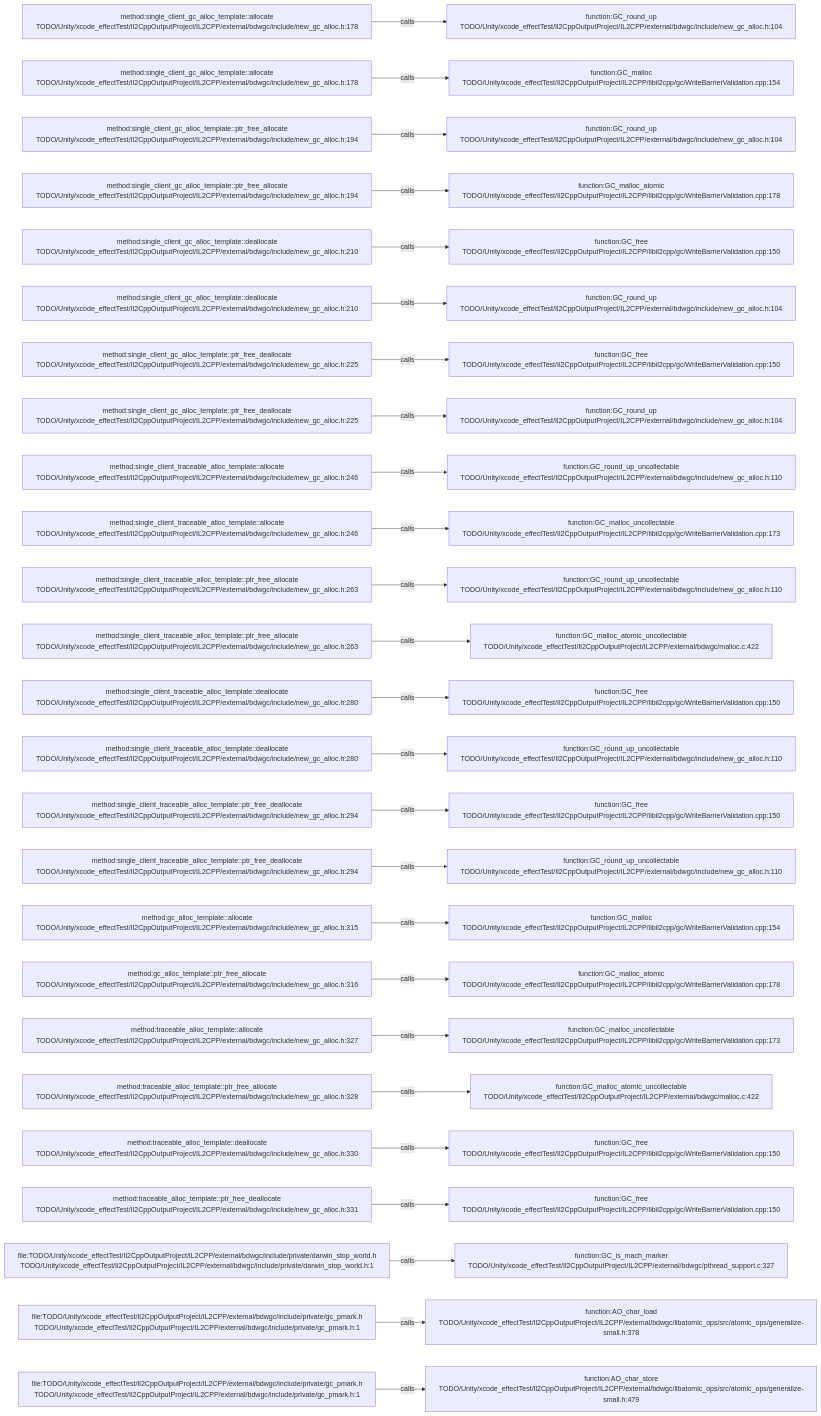
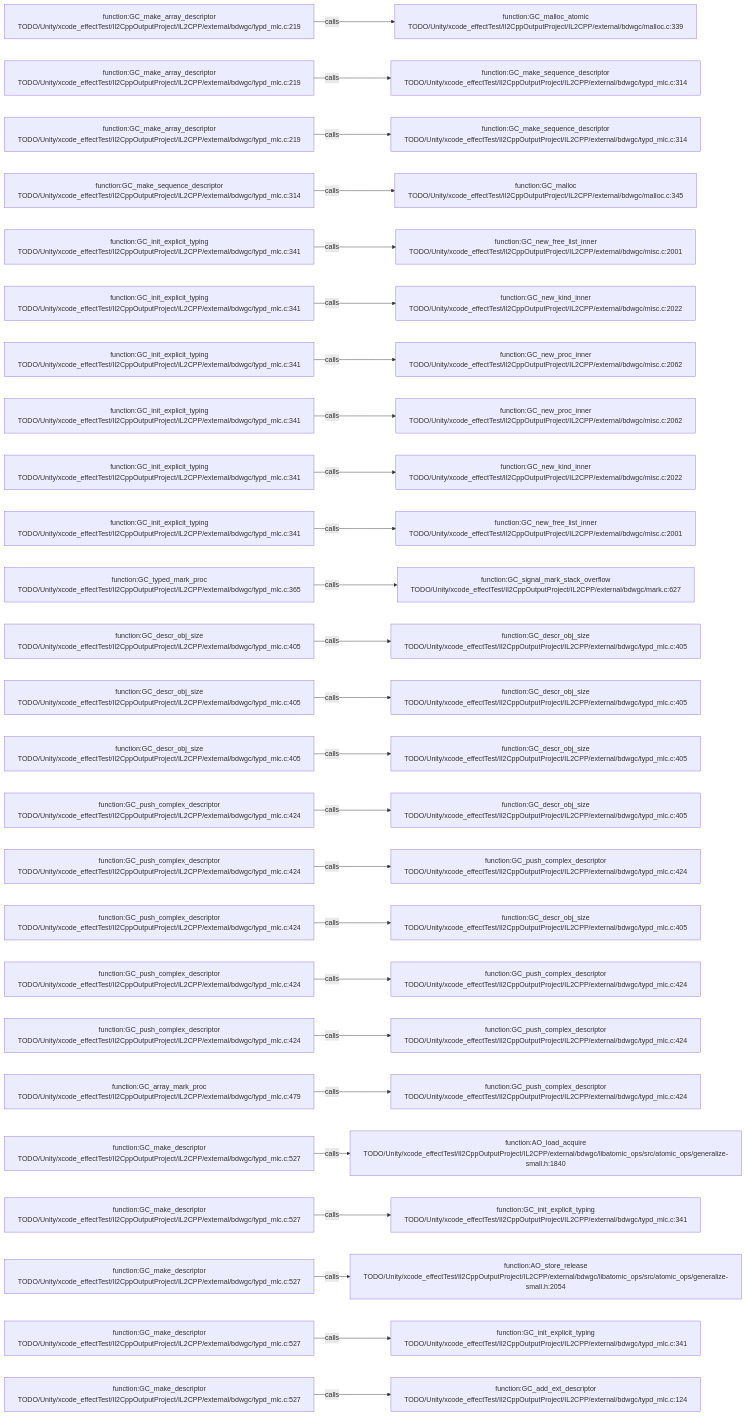
The diagram in .codegraph/codegraph.md/graphs/calls-182.md (JobsKits/JobsSwiftBaseConfigDemo), drawn with Mermaid before and after one commit. The commit also changed 227 other files, not shown here.

````diff
--- a/.codegraph/codegraph.md/graphs/calls-182.md
+++ b/.codegraph/codegraph.md/graphs/calls-182.md
@@ -13,78 +13,78 @@
 ```mermaid
 flowchart LR
-  S1["method:single_client_gc_alloc_template::allocate<br/>TODO/Unity/xcode_effectTest/Il2CppOutputProject/IL2CPP/external/bdwgc/include/new_gc_alloc.h:178"]
-  T1["function:GC_round_up<br/>TODO/Unity/xcode_effectTest/Il2CppOutputProject/IL2CPP/external/bdwgc/include/new_gc_alloc.h:104"]
+  S1["function:GC_make_array_descriptor<br/>TODO/Unity/xcode_effectTest/Il2CppOutputProject/IL2CPP/external/bdwgc/typd_mlc.c:219"]
+  T1["function:GC_malloc_atomic<br/>TODO/Unity/xcode_effectTest/Il2CppOutputProject/IL2CPP/external/bdwgc/malloc.c:339"]
   S1 -->|calls| T1
-  S2["method:single_client_gc_alloc_template::allocate<br/>TODO/Unity/xcode_effectTest/Il2CppOutputProject/IL2CPP/external/bdwgc/include/new_gc_alloc.h:178"]
-  T2["function:GC_malloc<br/>TODO/Unity/xcode_effectTest/Il2CppOutputProject/IL2CPP/libil2cpp/gc/WriteBarrierValidation.cpp:154"]
+  S2["function:GC_make_array_descriptor<br/>TODO/Unity/xcode_effectTest/Il2CppOutputProject/IL2CPP/external/bdwgc/typd_mlc.c:219"]
+  T2["function:GC_make_sequence_descriptor<br/>TODO/Unity/xcode_effectTest/Il2CppOutputProject/IL2CPP/external/bdwgc/typd_mlc.c:314"]
   S2 -->|calls| T2
-  S3["method:single_client_gc_alloc_template::ptr_free_allocate<br/>TODO/Unity/xcode_effectTest/Il2CppOutputProject/IL2CPP/external/bdwgc/include/new_gc_alloc.h:194"]
-  T3["function:GC_round_up<br/>TODO/Unity/xcode_effectTest/Il2CppOutputProject/IL2CPP/external/bdwgc/include/new_gc_alloc.h:104"]
+  S3["function:GC_make_array_descriptor<br/>TODO/Unity/xcode_effectTest/Il2CppOutputProject/IL2CPP/external/bdwgc/typd_mlc.c:219"]
+  T3["function:GC_make_sequence_descriptor<br/>TODO/Unity/xcode_effectTest/Il2CppOutputProject/IL2CPP/external/bdwgc/typd_mlc.c:314"]
   S3 -->|calls| T3
-  S4["method:single_client_gc_alloc_template::ptr_free_allocate<br/>TODO/Unity/xcode_effectTest/Il2CppOutputProject/IL2CPP/external/bdwgc/include/new_gc_alloc.h:194"]
-  T4["function:GC_malloc_atomic<br/>TODO/Unity/xcode_effectTest/Il2CppOutputProject/IL2CPP/libil2cpp/gc/WriteBarrierValidation.cpp:178"]
+  S4["function:GC_make_sequence_descriptor<br/>TODO/Unity/xcode_effectTest/Il2CppOutputProject/IL2CPP/external/bdwgc/typd_mlc.c:314"]
+  T4["function:GC_malloc<br/>TODO/Unity/xcode_effectTest/Il2CppOutputProject/IL2CPP/external/bdwgc/malloc.c:345"]
   S4 -->|calls| T4
-  S5["method:single_client_gc_alloc_template::deallocate<br/>TODO/Unity/xcode_effectTest/Il2CppOutputProject/IL2CPP/external/bdwgc/include/new_gc_alloc.h:210"]
-  T5["function:GC_free<br/>TODO/Unity/xcode_effectTest/Il2CppOutputProject/IL2CPP/libil2cpp/gc/WriteBarrierValidation.cpp:150"]
+  S5["function:GC_init_explicit_typing<br/>TODO/Unity/xcode_effectTest/Il2CppOutputProject/IL2CPP/external/bdwgc/typd_mlc.c:341"]
+  T5["function:GC_new_free_list_inner<br/>TODO/Unity/xcode_effectTest/Il2CppOutputProject/IL2CPP/external/bdwgc/misc.c:2001"]
   S5 -->|calls| T5
-  S6["method:single_client_gc_alloc_template::deallocate<br/>TODO/Unity/xcode_effectTest/Il2CppOutputProject/IL2CPP/external/bdwgc/include/new_gc_alloc.h:210"]
-  T6["function:GC_round_up<br/>TODO/Unity/xcode_effectTest/Il2CppOutputProject/IL2CPP/external/bdwgc/include/new_gc_alloc.h:104"]
+  S6["function:GC_init_explicit_typing<br/>TODO/Unity/xcode_effectTest/Il2CppOutputProject/IL2CPP/external/bdwgc/typd_mlc.c:341"]
+  T6["function:GC_new_kind_inner<br/>TODO/Unity/xcode_effectTest/Il2CppOutputProject/IL2CPP/external/bdwgc/misc.c:2022"]
   S6 -->|calls| T6
-  S7["method:single_client_gc_alloc_template::ptr_free_deallocate<br/>TODO/Unity/xcode_effectTest/Il2CppOutputProject/IL2CPP/external/bdwgc/include/new_gc_alloc.h:225"]
-  T7["function:GC_free<br/>TODO/Unity/xcode_effectTest/Il2CppOutputProject/IL2CPP/libil2cpp/gc/WriteBarrierValidation.cpp:150"]
+  S7["function:GC_init_explicit_typing<br/>TODO/Unity/xcode_effectTest/Il2CppOutputProject/IL2CPP/external/bdwgc/typd_mlc.c:341"]
+  T7["function:GC_new_proc_inner<br/>TODO/Unity/xcode_effectTest/Il2CppOutputProject/IL2CPP/external/bdwgc/misc.c:2062"]
   S7 -->|calls| T7
-  S8["method:single_client_gc_alloc_template::ptr_free_deallocate<br/>TODO/Unity/xcode_effectTest/Il2CppOutputProject/IL2CPP/external/bdwgc/include/new_gc_alloc.h:225"]
-  T8["function:GC_round_up<br/>TODO/Unity/xcode_effectTest/Il2CppOutputProject/IL2CPP/external/bdwgc/include/new_gc_alloc.h:104"]
+  S8["function:GC_init_explicit_typing<br/>TODO/Unity/xcode_effectTest/Il2CppOutputProject/IL2CPP/external/bdwgc/typd_mlc.c:341"]
+  T8["function:GC_new_proc_inner<br/>TODO/Unity/xcode_effectTest/Il2CppOutputProject/IL2CPP/external/bdwgc/misc.c:2062"]
   S8 -->|calls| T8
-  S9["method:single_client_traceable_alloc_template::allocate<br/>TODO/Unity/xcode_effectTest/Il2CppOutputProject/IL2CPP/external/bdwgc/include/new_gc_alloc.h:246"]
-  T9["function:GC_round_up_uncollectable<br/>TODO/Unity/xcode_effectTest/Il2CppOutputProject/IL2CPP/external/bdwgc/include/new_gc_alloc.h:110"]
+  S9["function:GC_init_explicit_typing<br/>TODO/Unity/xcode_effectTest/Il2CppOutputProject/IL2CPP/external/bdwgc/typd_mlc.c:341"]
+  T9["function:GC_new_kind_inner<br/>TODO/Unity/xcode_effectTest/Il2CppOutputProject/IL2CPP/external/bdwgc/misc.c:2022"]
   S9 -->|calls| T9
-  S10["method:single_client_traceable_alloc_template::allocate<br/>TODO/Unity/xcode_effectTest/Il2CppOutputProject/IL2CPP/external/bdwgc/include/new_gc_alloc.h:246"]
-  T10["function:GC_malloc_uncollectable<br/>TODO/Unity/xcode_effectTest/Il2CppOutputProject/IL2CPP/libil2cpp/gc/WriteBarrierValidation.cpp:173"]
+  S10["function:GC_init_explicit_typing<br/>TODO/Unity/xcode_effectTest/Il2CppOutputProject/IL2CPP/external/bdwgc/typd_mlc.c:341"]
+  T10["function:GC_new_free_list_inner<br/>TODO/Unity/xcode_effectTest/Il2CppOutputProject/IL2CPP/external/bdwgc/misc.c:2001"]
   S10 -->|calls| T10
-  S11["method:single_client_traceable_alloc_template::ptr_free_allocate<br/>TODO/Unity/xcode_effectTest/Il2CppOutputProject/IL2CPP/external/bdwgc/include/new_gc_alloc.h:263"]
-  T11["function:GC_round_up_uncollectable<br/>TODO/Unity/xcode_effectTest/Il2CppOutputProject/IL2CPP/external/bdwgc/include/new_gc_alloc.h:110"]
+  S11["function:GC_typed_mark_proc<br/>TODO/Unity/xcode_effectTest/Il2CppOutputProject/IL2CPP/external/bdwgc/typd_mlc.c:365"]
+  T11["function:GC_signal_mark_stack_overflow<br/>TODO/Unity/xcode_effectTest/Il2CppOutputProject/IL2CPP/external/bdwgc/mark.c:627"]
   S11 -->|calls| T11
-  S12["method:single_client_traceable_alloc_template::ptr_free_allocate<br/>TODO/Unity/xcode_effectTest/Il2CppOutputProject/IL2CPP/external/bdwgc/include/new_gc_alloc.h:263"]
-  T12["function:GC_malloc_atomic_uncollectable<br/>TODO/Unity/xcode_effectTest/Il2CppOutputProject/IL2CPP/external/bdwgc/malloc.c:422"]
+  S12["function:GC_descr_obj_size<br/>TODO/Unity/xcode_effectTest/Il2CppOutputProject/IL2CPP/external/bdwgc/typd_mlc.c:405"]
+  T12["function:GC_descr_obj_size<br/>TODO/Unity/xcode_effectTest/Il2CppOutputProject/IL2CPP/external/bdwgc/typd_mlc.c:405"]
   S12 -->|calls| T12
-  S13["method:single_client_traceable_alloc_template::deallocate<br/>TODO/Unity/xcode_effectTest/Il2CppOutputProject/IL2CPP/external/bdwgc/include/new_gc_alloc.h:280"]
-  T13["function:GC_free<br/>TODO/Unity/xcode_effectTest/Il2CppOutputProject/IL2CPP/libil2cpp/gc/WriteBarrierValidation.cpp:150"]
+  S13["function:GC_descr_obj_size<br/>TODO/Unity/xcode_effectTest/Il2CppOutputProject/IL2CPP/external/bdwgc/typd_mlc.c:405"]
+  T13["function:GC_descr_obj_size<br/>TODO/Unity/xcode_effectTest/Il2CppOutputProject/IL2CPP/external/bdwgc/typd_mlc.c:405"]
   S13 -->|calls| T13
-  S14["method:single_client_traceable_alloc_template::deallocate<br/>TODO/Unity/xcode_effectTest/Il2CppOutputProject/IL2CPP/external/bdwgc/include/new_gc_alloc.h:280"]
-  T14["function:GC_round_up_uncollectable<br/>TODO/Unity/xcode_effectTest/Il2CppOutputProject/IL2CPP/external/bdwgc/include/new_gc_alloc.h:110"]
+  S14["function:GC_descr_obj_size<br/>TODO/Unity/xcode_effectTest/Il2CppOutputProject/IL2CPP/external/bdwgc/typd_mlc.c:405"]
+  T14["function:GC_descr_obj_size<br/>TODO/Unity/xcode_effectTest/Il2CppOutputProject/IL2CPP/external/bdwgc/typd_mlc.c:405"]
   S14 -->|calls| T14
-  S15["method:single_client_traceable_alloc_template::ptr_free_deallocate<br/>TODO/Unity/xcode_effectTest/Il2CppOutputProject/IL2CPP/external/bdwgc/include/new_gc_alloc.h:294"]
-  T15["function:GC_free<br/>TODO/Unity/xcode_effectTest/Il2CppOutputProject/IL2CPP/libil2cpp/gc/WriteBarrierValidation.cpp:150"]
+  S15["function:GC_push_complex_descriptor<br/>TODO/Unity/xcode_effectTest/Il2CppOutputProject/IL2CPP/external/bdwgc/typd_mlc.c:424"]
+  T15["function:GC_descr_obj_size<br/>TODO/Unity/xcode_effectTest/Il2CppOutputProject/IL2CPP/external/bdwgc/typd_mlc.c:405"]
   S15 -->|calls| T15
-  S16["method:single_client_traceable_alloc_template::ptr_free_deallocate<br/>TODO/Unity/xcode_effectTest/Il2CppOutputProject/IL2CPP/external/bdwgc/include/new_gc_alloc.h:294"]
-  T16["function:GC_round_up_uncollectable<br/>TODO/Unity/xcode_effectTest/Il2CppOutputProject/IL2CPP/external/bdwgc/include/new_gc_alloc.h:110"]
+  S16["function:GC_push_complex_descriptor<br/>TODO/Unity/xcode_effectTest/Il2CppOutputProject/IL2CPP/external/bdwgc/typd_mlc.c:424"]
+  T16["function:GC_push_complex_descriptor<br/>TODO/Unity/xcode_effectTest/Il2CppOutputProject/IL2CPP/external/bdwgc/typd_mlc.c:424"]
   S16 -->|calls| T16
-  S17["method:gc_alloc_template::allocate<br/>TODO/Unity/xcode_effectTest/Il2CppOutputProject/IL2CPP/external/bdwgc/include/new_gc_alloc.h:315"]
-  T17["function:GC_malloc<br/>TODO/Unity/xcode_effectTest/Il2CppOutputProject/IL2CPP/libil2cpp/gc/WriteBarrierValidation.cpp:154"]
+  S17["function:GC_push_complex_descriptor<br/>TODO/Unity/xcode_effectTest/Il2CppOutputProject/IL2CPP/external/bdwgc/typd_mlc.c:424"]
+  T17["function:GC_descr_obj_size<br/>TODO/Unity/xcode_effectTest/Il2CppOutputProject/IL2CPP/external/bdwgc/typd_mlc.c:405"]
   S17 -->|calls| T17
-  S18["method:gc_alloc_template::ptr_free_allocate<br/>TODO/Unity/xcode_effectTest/Il2CppOutputProject/IL2CPP/external/bdwgc/include/new_gc_alloc.h:316"]
-  T18["function:GC_malloc_atomic<br/>TODO/Unity/xcode_effectTest/Il2CppOutputProject/IL2CPP/libil2cpp/gc/WriteBarrierValidation.cpp:178"]
+  S18["function:GC_push_complex_descriptor<br/>TODO/Unity/xcode_effectTest/Il2CppOutputProject/IL2CPP/external/bdwgc/typd_mlc.c:424"]
+  T18["function:GC_push_complex_descriptor<br/>TODO/Unity/xcode_effectTest/Il2CppOutputProject/IL2CPP/external/bdwgc/typd_mlc.c:424"]
   S18 -->|calls| T18
-  S19["method:traceable_alloc_template::allocate<br/>TODO/Unity/xcode_effectTest/Il2CppOutputProject/IL2CPP/external/bdwgc/include/new_gc_alloc.h:327"]
-  T19["function:GC_malloc_uncollectable<br/>TODO/Unity/xcode_effectTest/Il2CppOutputProject/IL2CPP/libil2cpp/gc/WriteBarrierValidation.cpp:173"]
+  S19["function:GC_push_complex_descriptor<br/>TODO/Unity/xcode_effectTest/Il2CppOutputProject/IL2CPP/external/bdwgc/typd_mlc.c:424"]
+  T19["function:GC_push_complex_descriptor<br/>TODO/Unity/xcode_effectTest/Il2CppOutputProject/IL2CPP/external/bdwgc/typd_mlc.c:424"]
   S19 -->|calls| T19
-  S20["method:traceable_alloc_template::ptr_free_allocate<br/>TODO/Unity/xcode_effectTest/Il2CppOutputProject/IL2CPP/external/bdwgc/include/new_gc_alloc.h:328"]
-  T20["function:GC_malloc_atomic_uncollectable<br/>TODO/Unity/xcode_effectTest/Il2CppOutputProject/IL2CPP/external/bdwgc/malloc.c:422"]
+  S20["function:GC_array_mark_proc<br/>TODO/Unity/xcode_effectTest/Il2CppOutputProject/IL2CPP/external/bdwgc/typd_mlc.c:479"]
+  T20["function:GC_push_complex_descriptor<br/>TODO/Unity/xcode_effectTest/Il2CppOutputProject/IL2CPP/external/bdwgc/typd_mlc.c:424"]
   S20 -->|calls| T20
-  S21["method:traceable_alloc_template::deallocate<br/>TODO/Unity/xcode_effectTest/Il2CppOutputProject/IL2CPP/external/bdwgc/include/new_gc_alloc.h:330"]
-  T21["function:GC_free<br/>TODO/Unity/xcode_effectTest/Il2CppOutputProject/IL2CPP/libil2cpp/gc/WriteBarrierValidation.cpp:150"]
+  S21["function:GC_make_descriptor<br/>TODO/Unity/xcode_effectTest/Il2CppOutputProject/IL2CPP/external/bdwgc/typd_mlc.c:527"]
+  T21["function:AO_load_acquire<br/>TODO/Unity/xcode_effectTest/Il2CppOutputProject/IL2CPP/external/bdwgc/libatomic_ops/src/atomic_ops/generalize-small.h:1840"]
   S21 -->|calls| T21
-  S22["method:traceable_alloc_template::ptr_free_deallocate<br/>TODO/Unity/xcode_effectTest/Il2CppOutputProject/IL2CPP/external/bdwgc/include/new_gc_alloc.h:331"]
-  T22["function:GC_free<br/>TODO/Unity/xcode_effectTest/Il2CppOutputProject/IL2CPP/libil2cpp/gc/WriteBarrierValidation.cpp:150"]
+  S22["function:GC_make_descriptor<br/>TODO/Unity/xcode_effectTest/Il2CppOutputProject/IL2CPP/external/bdwgc/typd_mlc.c:527"]
+  T22["function:GC_init_explicit_typing<br/>TODO/Unity/xcode_effectTest/Il2CppOutputProject/IL2CPP/external/bdwgc/typd_mlc.c:341"]
   S22 -->|calls| T22
-  S23["file:TODO/Unity/xcode_effectTest/Il2CppOutputProject/IL2CPP/external/bdwgc/include/private/darwin_stop_world.h<br/>TODO/Unity/xcode_effectTest/Il2CppOutputProject/IL2CPP/external/bdwgc/include/private/darwin_stop_world.h:1"]
-  T23["function:GC_is_mach_marker<br/>TODO/Unity/xcode_effectTest/Il2CppOutputProject/IL2CPP/external/bdwgc/pthread_support.c:327"]
+  S23["function:GC_make_descriptor<br/>TODO/Unity/xcode_effectTest/Il2CppOutputProject/IL2CPP/external/bdwgc/typd_mlc.c:527"]
+  T23["function:AO_store_release<br/>TODO/Unity/xcode_effectTest/Il2CppOutputProject/IL2CPP/external/bdwgc/libatomic_ops/src/atomic_ops/generalize-small.h:2054"]
   S23 -->|calls| T23
-  S24["file:TODO/Unity/xcode_effectTest/Il2CppOutputProject/IL2CPP/external/bdwgc/include/private/gc_pmark.h<br/>TODO/Unity/xcode_effectTest/Il2CppOutputProject/IL2CPP/external/bdwgc/include/private/gc_pmark.h:1"]
-  T24["function:AO_char_load<br/>TODO/Unity/xcode_effectTest/Il2CppOutputProject/IL2CPP/external/bdwgc/libatomic_ops/src/atomic_ops/generalize-small.h:378"]
+  S24["function:GC_make_descriptor<br/>TODO/Unity/xcode_effectTest/Il2CppOutputProject/IL2CPP/external/bdwgc/typd_mlc.c:527"]
+  T24["function:GC_init_explicit_typing<br/>TODO/Unity/xcode_effectTest/Il2CppOutputProject/IL2CPP/external/bdwgc/typd_mlc.c:341"]
   S24 -->|calls| T24
-  S25["file:TODO/Unity/xcode_effectTest/Il2CppOutputProject/IL2CPP/external/bdwgc/include/private/gc_pmark.h<br/>TODO/Unity/xcode_effectTest/Il2CppOutputProject/IL2CPP/external/bdwgc/include/private/gc_pmark.h:1"]
-  T25["function:AO_char_store<br/>TODO/Unity/xcode_effectTest/Il2CppOutputProject/IL2CPP/external/bdwgc/libatomic_ops/src/atomic_ops/generalize-small.h:479"]
+  S25["function:GC_make_descriptor<br/>TODO/Unity/xcode_effectTest/Il2CppOutputProject/IL2CPP/external/bdwgc/typd_mlc.c:527"]
+  T25["function:GC_add_ext_descriptor<br/>TODO/Unity/xcode_effectTest/Il2CppOutputProject/IL2CPP/external/bdwgc/typd_mlc.c:124"]
   S25 -->|calls| T25
 ```
````
